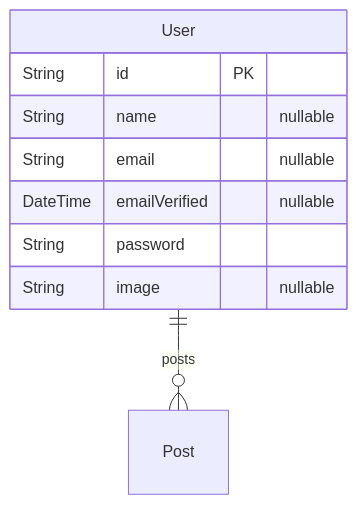
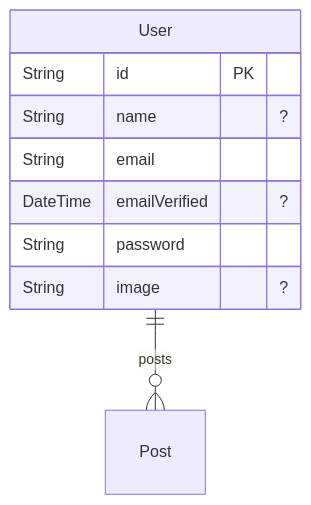
One commit to jiashengguo/zenstack-markdown changed the second of 2 diagrams in README.md. Above: the diagram before and after it, drawn with Mermaid. The commit also changed 1 other file, not shown here.

````diff
--- a/README.md
+++ b/README.md
@@ -39,12 +39,12 @@
 ```mermaid
 erDiagram
 "User" {
   String id PK
-  String name  "nullable"
-  String email  "nullable"
-  DateTime emailVerified  "nullable"
+  String name  "?"
+  String email
+  DateTime emailVerified  "?"
   String password
-  String image  "nullable"
+  String image  "?"
 }
 "User" ||--o{ "Post": posts
 ```
````
